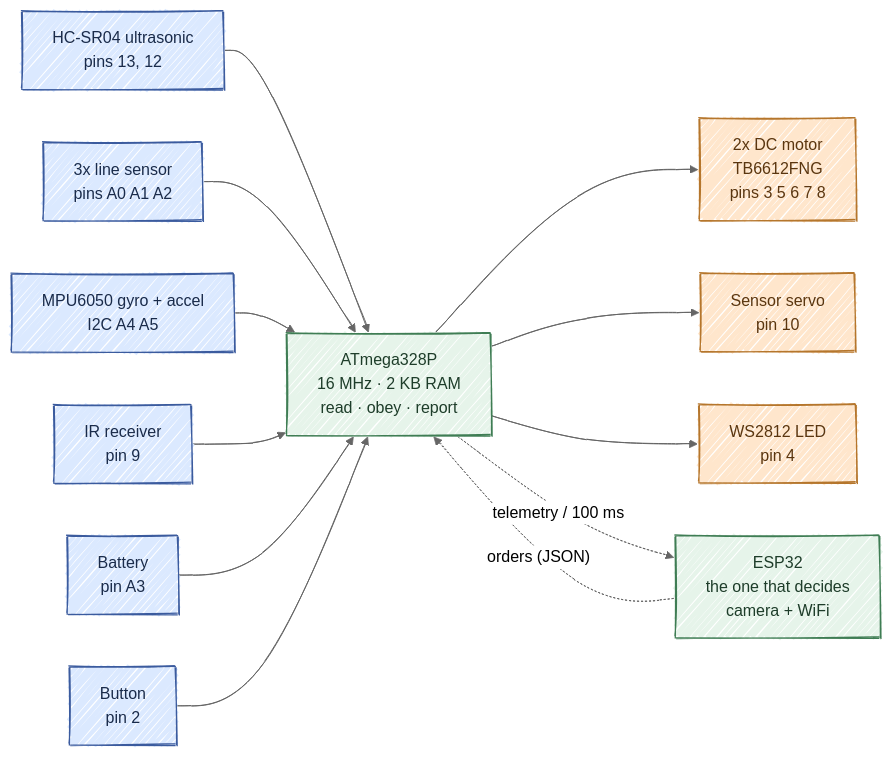
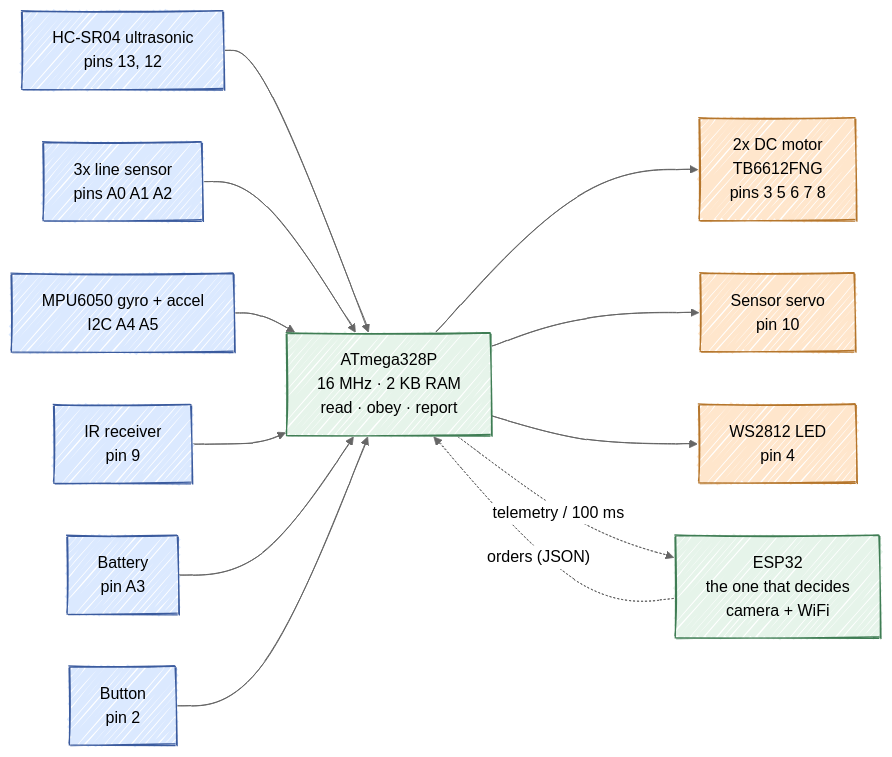
The first of 2 diagrams in README.md (Adc-alt/elegoo-smartcar-firmware-atmega328p), drawn with Mermaid before and after one commit.

Commit message:
docs: color mermaid nodes via per-node style (GitHub rejects classDef here)

````diff
--- a/README.md
+++ b/README.md
@@ -109,42 +109,46 @@
 ```mermaid
 ---
 config:
   look: handDrawn
   theme: neutral
 ---
 flowchart LR
     HC["HC-SR04 ultrasonic<br/>pins 13, 12"]
     LINE["3x line sensor<br/>pins A0 A1 A2"]
     MPU["MPU6050 gyro + accel<br/>I2C A4 A5"]
     IR["IR receiver<br/>pin 9"]
     BAT["Battery<br/>pin A3"]
     SW["Button<br/>pin 2"]
 
     ATMEGA["ATmega328P<br/>16 MHz · 2 KB RAM<br/>read · obey · report"]
 
     MOT["2x DC motor<br/>TB6612FNG<br/>pins 3 5 6 7 8"]
     SERVO["Sensor servo<br/>pin 10"]
     LED["WS2812 LED<br/>pin 4"]
 
     ESP["ESP32<br/>the one that decides<br/>camera + WiFi"]
 
     HC --> ATMEGA
     LINE --> ATMEGA
     MPU --> ATMEGA
     IR --> ATMEGA
     BAT --> ATMEGA
     SW --> ATMEGA
     ATMEGA --> MOT
     ATMEGA --> SERVO
     ATMEGA --> LED
     ESP -.->|"orders (JSON)"| ATMEGA
     ATMEGA -.->|"telemetry / 100 ms"| ESP
 
-    classDef sense  fill:#dbe9ff,stroke:#3b5b9e,color:#1a2b4a
-    classDef muscle fill:#ffe6cc,stroke:#b5762c,color:#5a3610
-    classDef mcu    fill:#e6f4ea,stroke:#3f7d54,color:#1e3d2a
-
-    class HC,LINE,MPU,IR,BAT,SW sense
-    class MOT,SERVO,LED muscle
-    class ATMEGA,ESP mcu
+    style HC fill:#dbe9ff,stroke:#3b5b9e
+    style LINE fill:#dbe9ff,stroke:#3b5b9e
+    style MPU fill:#dbe9ff,stroke:#3b5b9e
+    style IR fill:#dbe9ff,stroke:#3b5b9e
+    style BAT fill:#dbe9ff,stroke:#3b5b9e
+    style SW fill:#dbe9ff,stroke:#3b5b9e
+    style MOT fill:#ffe6cc,stroke:#b5762c
+    style SERVO fill:#ffe6cc,stroke:#b5762c
+    style LED fill:#ffe6cc,stroke:#b5762c
+    style ATMEGA fill:#e6f4ea,stroke:#3f7d54
+    style ESP fill:#e6f4ea,stroke:#3f7d54
 ```
````
